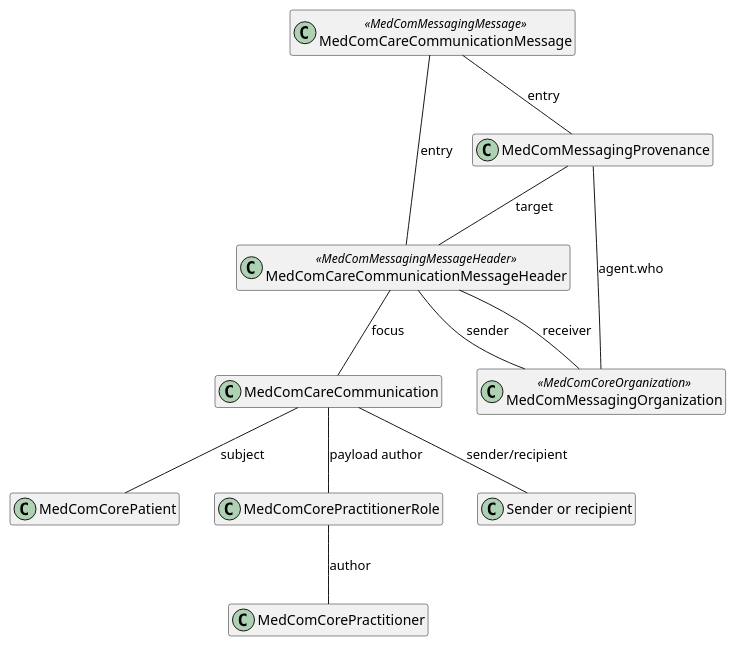
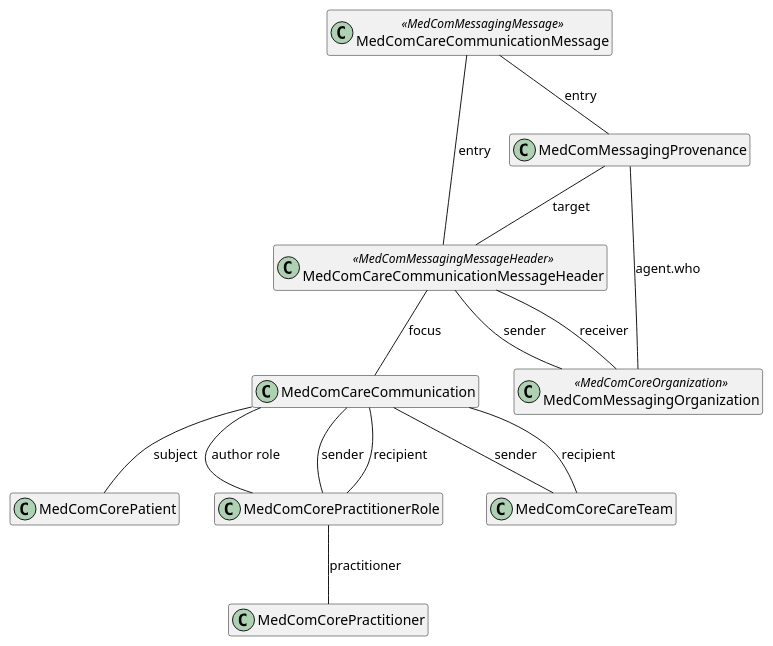
The diagram in puml/CareCommunication.puml (medcomdk/dk-medcom-carecommunication), drawn with PlantUML before and after one commit. The commit also changed 22 other files, not shown here.

First line of the commit message:
CareCommunication updated

```diff
--- a/puml/CareCommunication.puml
+++ b/puml/CareCommunication.puml
@@ -1,31 +1,34 @@
 @startuml CareCommunication
 
 hide empty members
 
 top to bottom direction
 
 class "MedComCareCommunicationMessage" as message <<MedComMessagingMessage>>
 class "MedComCareCommunicationMessageHeader" as messageheader <<MedComMessagingMessageHeader>>
 class "MedComMessagingProvenance" as provenance
 class "MedComMessagingOrganization" as messagingOrganization <<MedComCoreOrganization>>
 class "MedComCareCommunication" as communication
 class "MedComCorePatient" as patient
-class "MedComCorePractitionerRole" as authorRole
-class "Sender or recipient" as senderRec
+class "MedComCorePractitionerRole" as pracRole
+class "MedComCoreCareTeam" as careteam
 class "MedComCorePractitioner" as author
 
 
 message -- messageheader : "entry"
 messageheader -- communication : "focus"
 communication -- patient : "subject"
-communication -- authorRole : "payload author"
+communication -- pracRole : "author role"
 message -- provenance : "entry"
 provenance -- messageheader : "target" 
 provenance -- messagingOrganization : "agent.who"
-communication -- senderRec : "sender/recipient"
-authorRole -- author : "author"
+communication -- careteam : "sender"
+communication -- careteam : "recipient"
+communication -- pracRole : "sender"
+communication -- pracRole : "recipient"
+pracRole -- author : "practitioner"
 
 
 messageheader -- messagingOrganization : "receiver"
 messageheader -- messagingOrganization : "sender"
 @enduml
```
